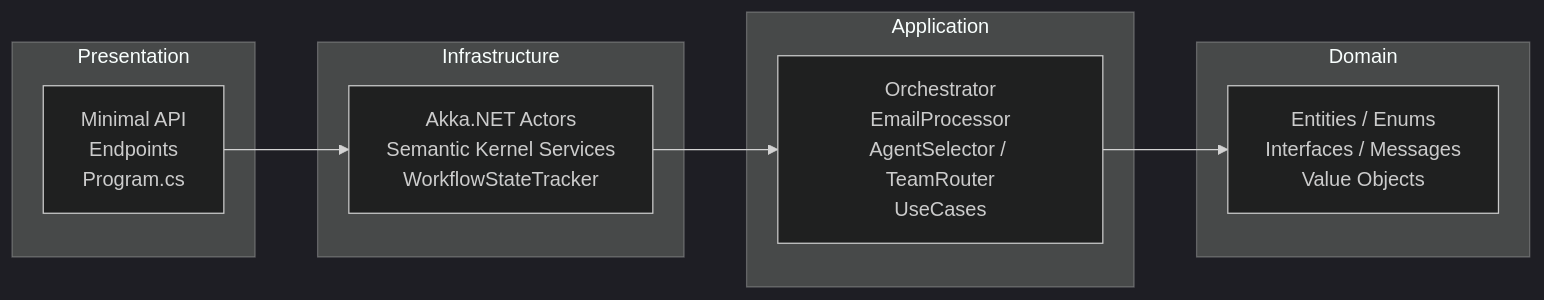
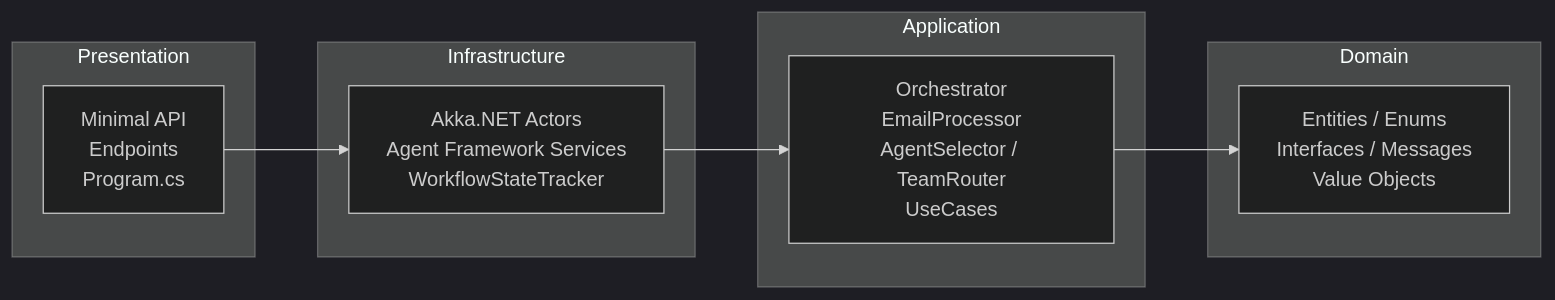
One commit to GabrieleTronchin/AiSupportWorkflow changed the first of 2 diagrams in README.md. Above: the diagram before and after it, drawn with Mermaid (dark theme). The commit also changed other lines of this file and 6 other files, not shown here.

First line of the commit message:
docs: replace Semantic Kernel refs with Agent Framework

````diff
--- a/README.md
+++ b/README.md
@@ -34,17 +34,17 @@
 ```mermaid
 graph LR
     subgraph Presentation
         P[Minimal API<br/>Endpoints<br/>Program.cs]
     end
     subgraph Infrastructure
-        I[Akka.NET Actors<br/>Semantic Kernel Services<br/>WorkflowStateTracker]
+        I[Akka.NET Actors<br/>Agent Framework Services<br/>WorkflowStateTracker]
     end
     subgraph Application
         A[Orchestrator<br/>EmailProcessor<br/>AgentSelector / TeamRouter<br/>UseCases]
     end
     subgraph Domain
         D[Entities / Enums<br/>Interfaces / Messages<br/>Value Objects]
     end
 
     P --> I --> A --> D
 ```
````
